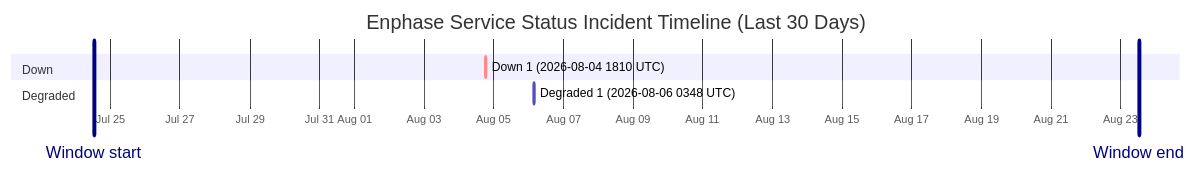
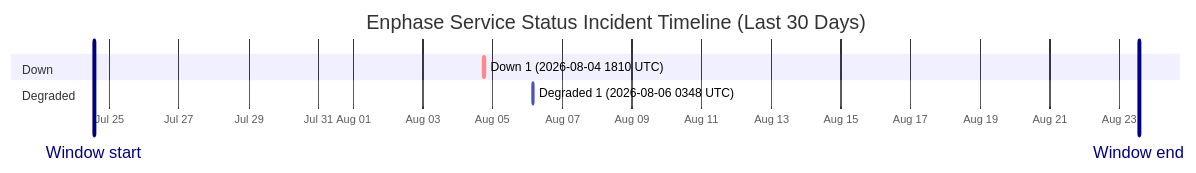
The diagram in wiki/Service-Status-History.md (barneyonline/ha-enphase-energy), drawn with Mermaid before and after one commit. The commit also changed other lines of this file and 3 other files, not shown here.

````diff
--- a/wiki/Service-Status-History.md
+++ b/wiki/Service-Status-History.md
@@ -14,12 +14,12 @@
 ```mermaid
 gantt
     title Enphase Service Status Incident Timeline (Last 30 Days)
     dateFormat  YYYY-MM-DDTHH:mm:ss
     axisFormat  %b %d
-    Window start :vert, window-start, 2026-07-24T12:35:37, 0ms
-    Window end :vert, window-end, 2026-08-23T12:35:37, 0ms
+    Window start :vert, window-start, 2026-07-24T13:30:32, 0ms
+    Window end :vert, window-end, 2026-08-23T13:30:32, 0ms
     section Down
     Down 1 (2026-08-04 1810 UTC) :crit, down-1, 2026-08-04T18:10:46, 60m
     section Degraded
     Degraded 1 (2026-08-06 0348 UTC) :active, degraded-1, 2026-08-06T03:48:14, 60m
 ```
````
